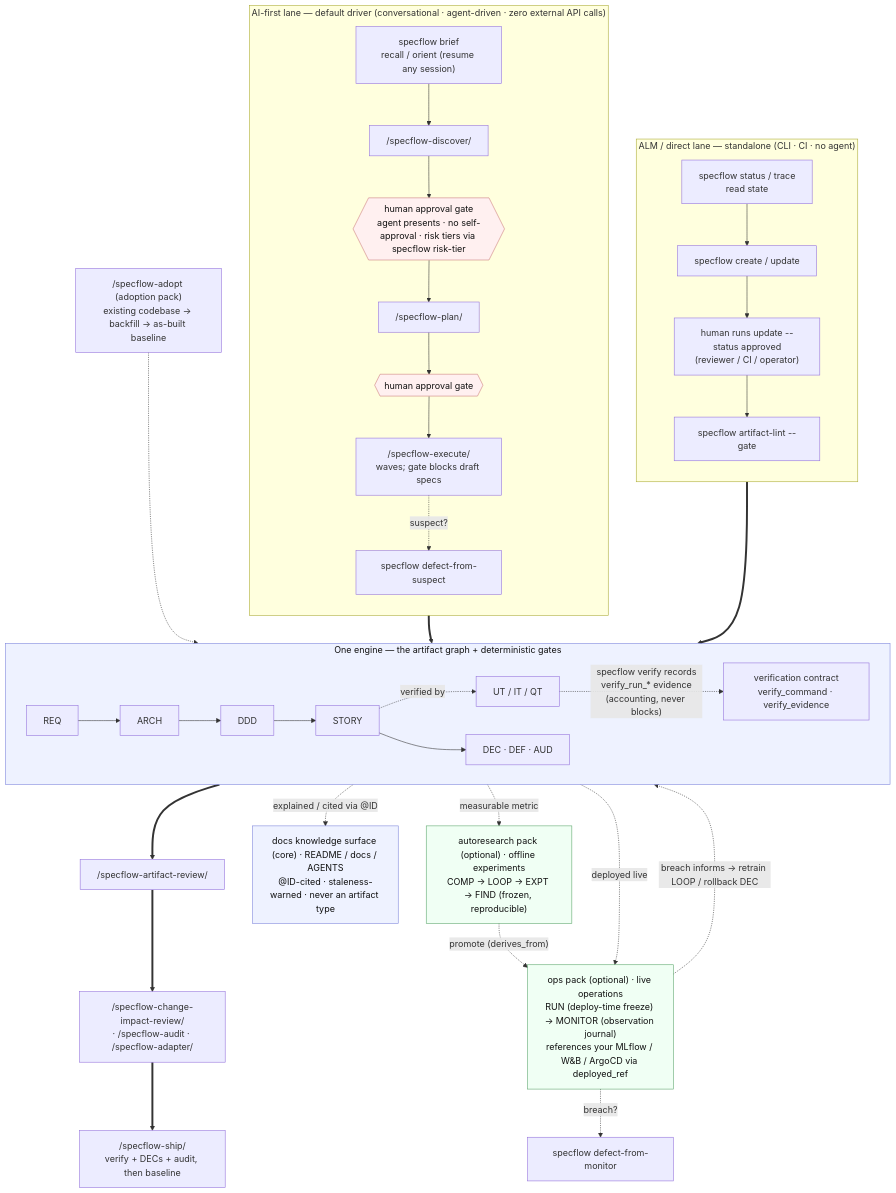
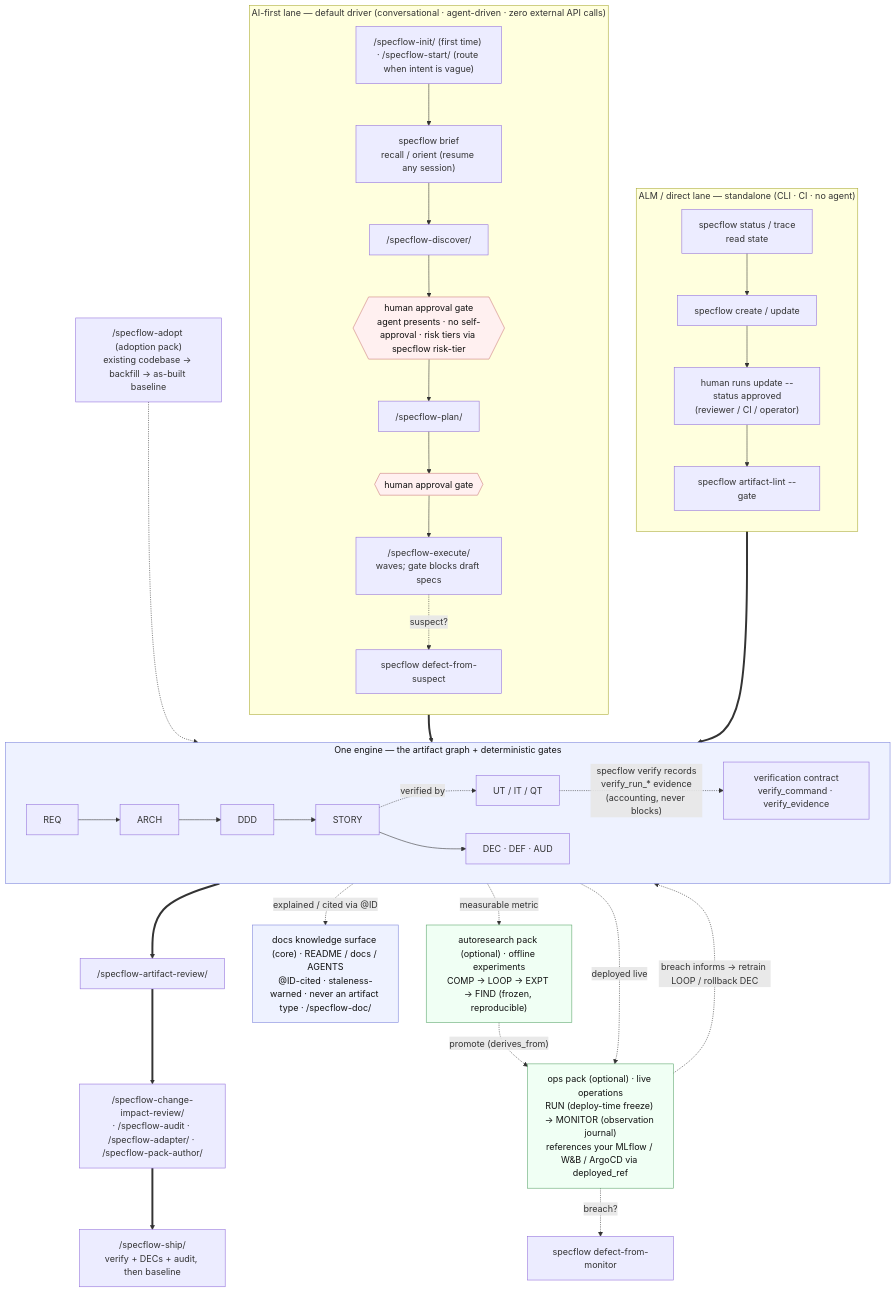
The diagram in docs/lifecycle.md (Longhuiberkeley/specflow), drawn with Mermaid before and after one commit. The commit also changed other lines of this file and 806 other files, not shown here.

````diff
--- a/docs/lifecycle.md
+++ b/docs/lifecycle.md
@@ -20,55 +20,56 @@
 ```mermaid
 flowchart TB
     classDef engine fill:#eef2ff,stroke:#7c83db,color:#111;
     classDef gate fill:#fff0f0,stroke:#cc7a7a,color:#111;
     classDef pack fill:#f0fff4,stroke:#5aa56a,color:#111;
 
     subgraph AI["AI-first lane — default driver (conversational · agent-driven · zero external API calls)"]
         direction TB
-        BR["specflow brief<br/>recall / orient (resume any session)"] --> AID["/specflow-discover/"]
+        ENTRY["/specflow-init/ (first time) · /specflow-start/ (route when intent is vague)"] --> BR["specflow brief<br/>recall / orient (resume any session)"]
+        BR --> AID["/specflow-discover/"]
         AID --> AG1{{"human approval gate<br/>agent presents · no self-approval · risk tiers via specflow risk-tier"}}
         AG1 --> AIP["/specflow-plan/"]
         AIP --> AG2{{"human approval gate"}}
         AG2 --> AIE["/specflow-execute/<br/>waves; gate blocks draft specs"]
         AIE -. "suspect?" .-> DFS["specflow defect-from-suspect"]
     end
 
     subgraph ALM["ALM / direct lane — standalone (CLI · CI · no agent)"]
         direction TB
         ALS["specflow status / trace<br/>read state"] --> ALC["specflow create / update"]
         ALC --> ALG["human runs update --status approved<br/>(reviewer / CI / operator)"]
         ALG --> ALL["specflow artifact-lint --gate"]
     end
 
     subgraph ENG["One engine — the artifact graph + deterministic gates"]
         direction LR
         REQ --> ARCH --> DDD --> STORY
         STORY -. "verified by" .-> TST["UT / IT / QT"]
         TST -. "specflow verify records<br/>verify_run_* evidence<br/>(accounting, never blocks)" .-> VRF["verification contract<br/>verify_command · verify_evidence"]
         STORY --> WRK["DEC · DEF · AUD"]
     end
 
     ADOPT["/specflow-adopt (adoption pack)<br/>existing codebase → backfill → as-built baseline"]
     ADOPT -.-> ENG
     AI ==> ENG
     ALM ==> ENG
     ENG ==> REV["/specflow-artifact-review/"]
-    REV ==> NEXT["/specflow-change-impact-review/<br/>· /specflow-audit · /specflow-adapter/"]
+    REV ==> NEXT["/specflow-change-impact-review/<br/>· /specflow-audit · /specflow-adapter/ · /specflow-pack-author/"]
     NEXT ==> SHIP["/specflow-ship/<br/>verify + DECs + audit, then baseline"]
 
-    DOCS["docs knowledge surface (core) · README / docs / AGENTS<br/>@ID-cited · staleness-warned · never an artifact type"]
+    DOCS["docs knowledge surface (core) · README / docs / AGENTS<br/>@ID-cited · staleness-warned · never an artifact type · /specflow-doc/"]
     ENG -. "explained / cited via @ID" .-> DOCS
 
     %% Optional pack-activated extensions — not mandatory lanes; the engine works without them.
     RES["autoresearch pack (optional) · offline experiments<br/>COMP → LOOP → EXPT → FIND (frozen, reproducible)"]
     OPS["ops pack (optional) · live operations<br/>RUN (deploy-time freeze) → MONITOR (observation journal)<br/>references your MLflow / W&amp;B / ArgoCD via deployed_ref"]
     ENG -. "measurable metric" .-> RES
     ENG -. "deployed live" .-> OPS
     RES -. "promote (derives_from)" .-> OPS
     OPS -. "breach informs → retrain LOOP / rollback DEC" .-> ENG
     OPS -. "breach?" .-> DFM["specflow defect-from-monitor"]
 
     class ENG,DOCS engine
     class AG1,AG2 gate
     class RES,OPS pack
 ```
````
